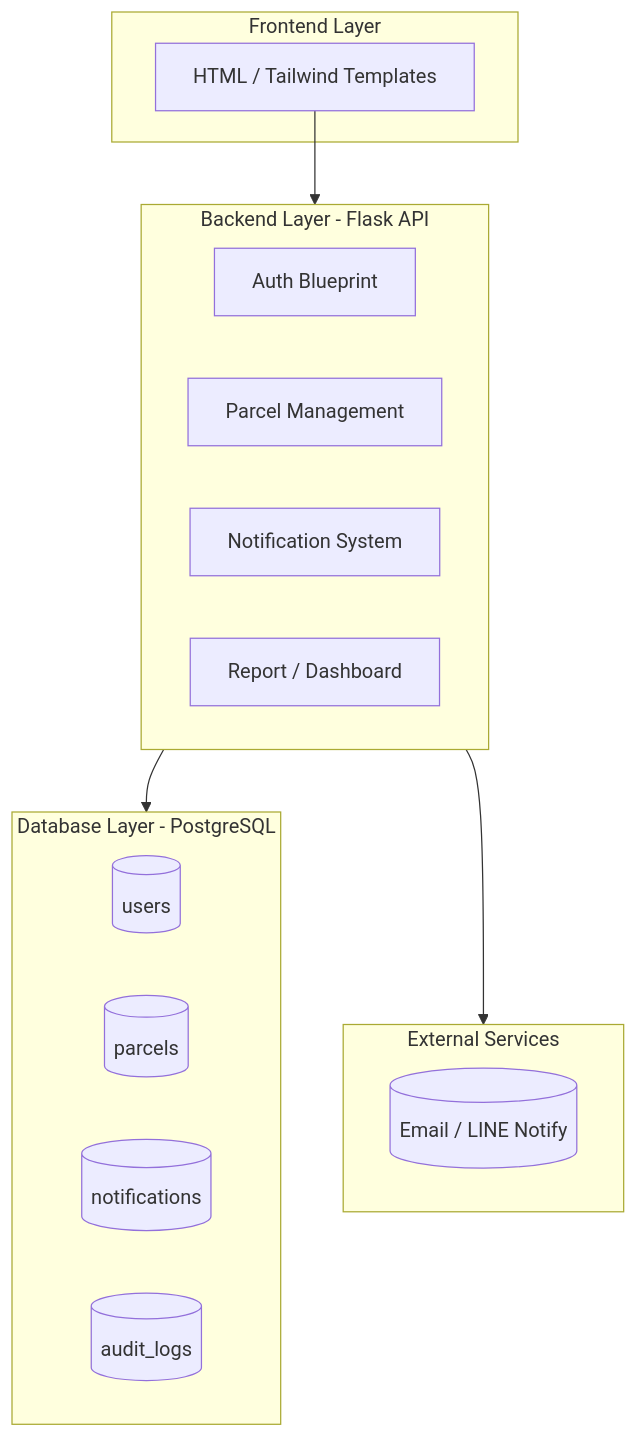
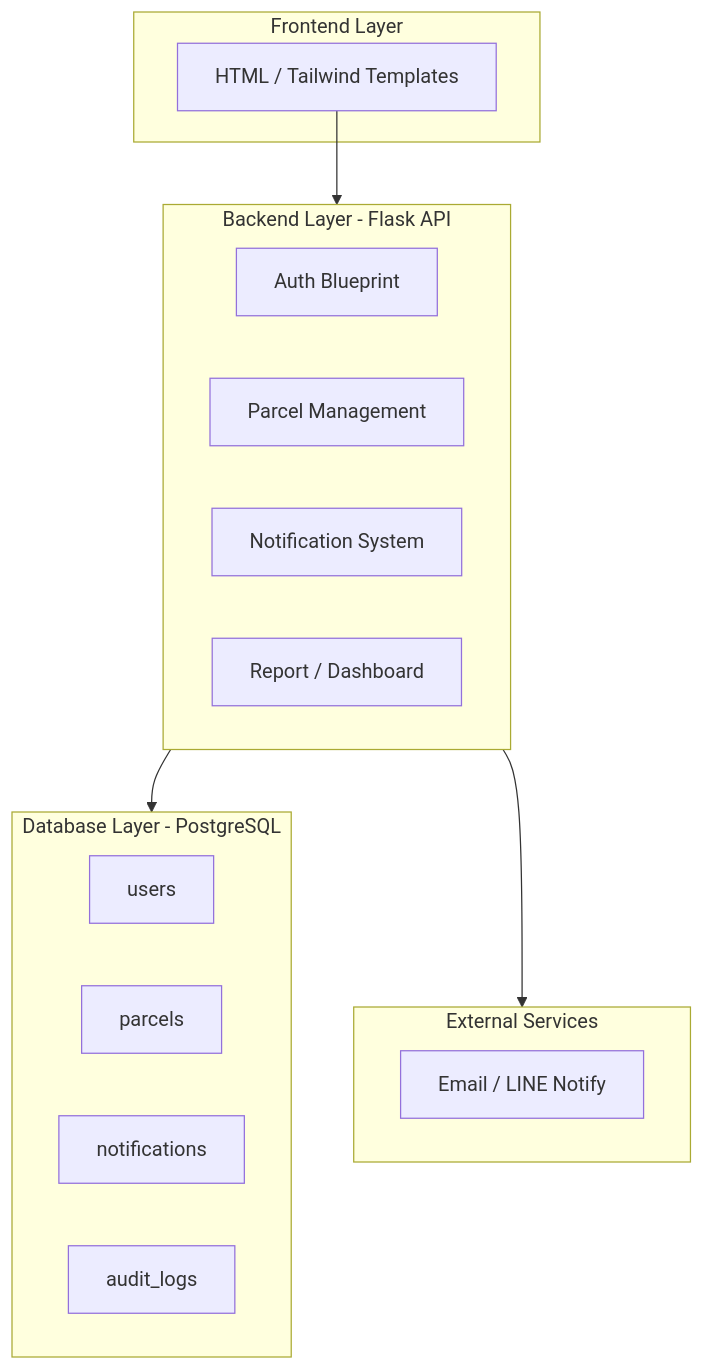
The sixth of 6 diagrams in README.md (PetchAuisui/DormParcel-System), drawn with Mermaid before and after one commit. The commit also changed other lines of this file and 2 other files, not shown here.

Commit message:
docs: fix Mermaid diagram syntax by adding quotes for all labels in README

````diff
--- a/README.md
+++ b/README.md
@@ -119,28 +123,29 @@
 ```mermaid
 flowchart TB
-    subgraph Frontend [Frontend Layer]
-        UI[HTML / Tailwind Templates]
+    subgraph Frontend ["Frontend Layer"]
+        UI["HTML / Tailwind Templates"]
     end
 
-    subgraph Backend [Backend Layer - Flask API]
-        Auth[Auth Blueprint]
-        Parcels[Parcel Management]
-        Notify[Notification System]
-        Reports[Report / Dashboard]
+    subgraph Backend ["Backend Layer - Flask API"]
+        Auth["Auth Blueprint"]
+        Parcels["Parcel Management"]
+        Notify["Notification System"]
+        Reports["Report / Dashboard"]
     end
 
-    subgraph Database [Database Layer - PostgreSQL]
-        Users[(users)]
-        ParcelsDB[(parcels)]
-        Notifications[(notifications)]
-        Audit[(audit_logs)]
+    subgraph Database ["Database Layer - PostgreSQL"]
+        Users["users"]
+        ParcelsDB["parcels"]
+        Notifications["notifications"]
+        Audit["audit_logs"]
     end
 
-    subgraph External [External Services]
-        Mail[(Email / LINE Notify)]
+    subgraph External ["External Services"]
+        Mail["Email / LINE Notify"]
     end
 
     UI --> Backend
     Backend --> Database
     Backend --> External
+
 ```
````
